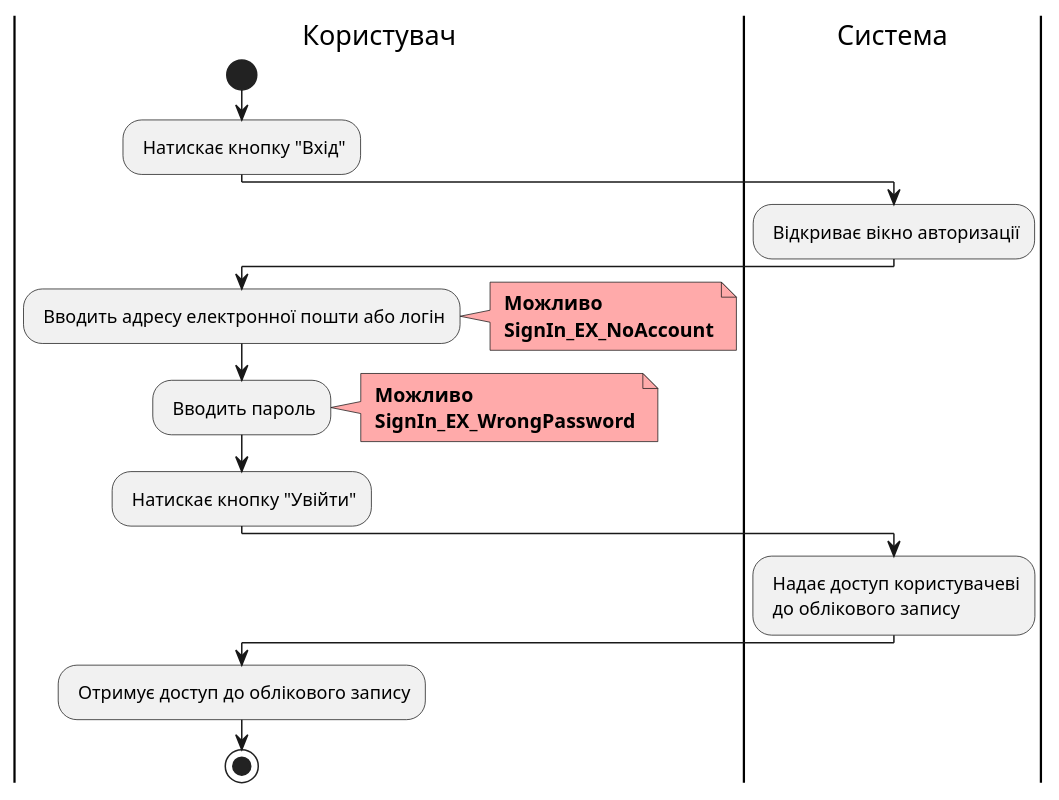
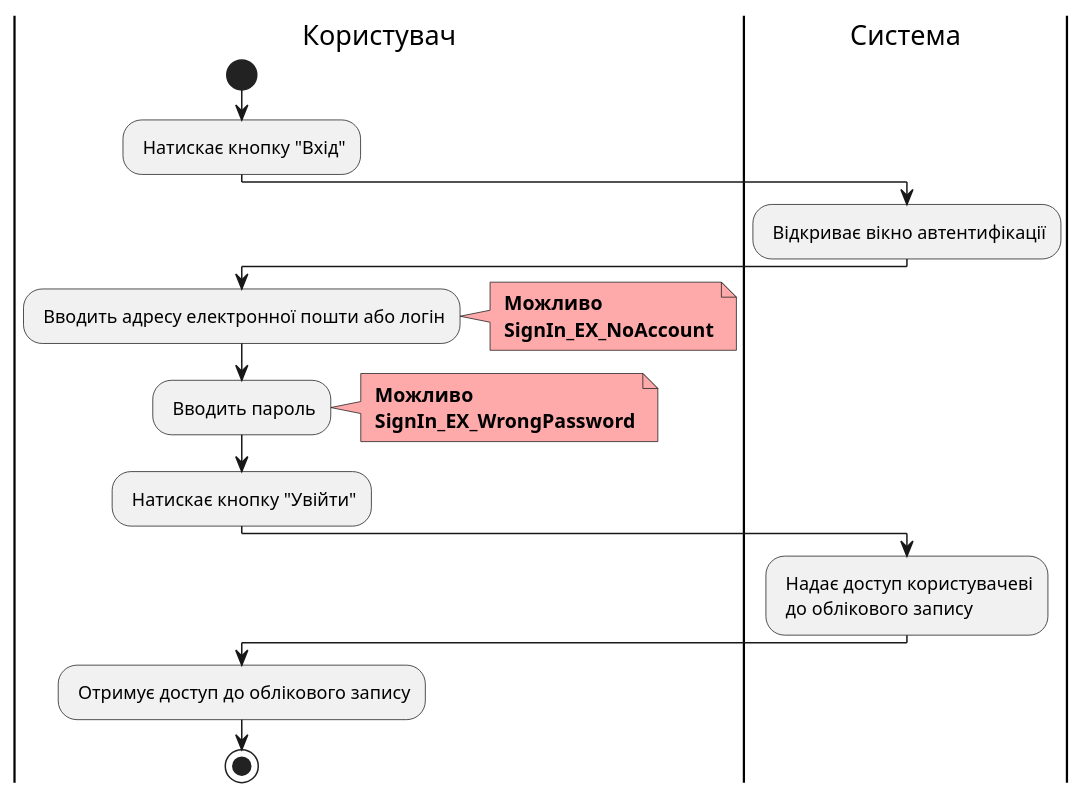
One commit to boldak/edu-db-cw changed the seventh of 19 diagrams in docs/use cases/README.md. Above: the diagram before and after it, drawn with PlantUML. The commit also changed other lines of this file and 2 other files, not shown here.

```diff
--- a/docs/use cases/README.md
+++ b/docs/use cases/README.md
@@ -368,34 +368,34 @@
 @startuml
     
     |Користувач|
     start
     : Натискає кнопку "Вхід";
     
     |Система|
-    : Відкриває вікно авторизації;
+    : Відкриває вікно автентифікації;
     
     |Користувач|
     : Вводить адресу електронної пошти або логін;
     note right #ffaaaa
     <b> Можливо
     <b> SignIn_EX_NoAccount
     end note
         
     |Користувач|
     : Вводить пароль;
     note right #ffaaaa
     <b> Можливо
     <b> SignIn_EX_WrongPassword
     end note
     
     |Користувач|
     : Натискає кнопку "Увійти";
     
     |Система|
     : Надає доступ користувачеві\n до облікового запису;
     
     |Користувач|
     : Отримує доступ до облікового запису;
     stop;
     
 @enduml
```
